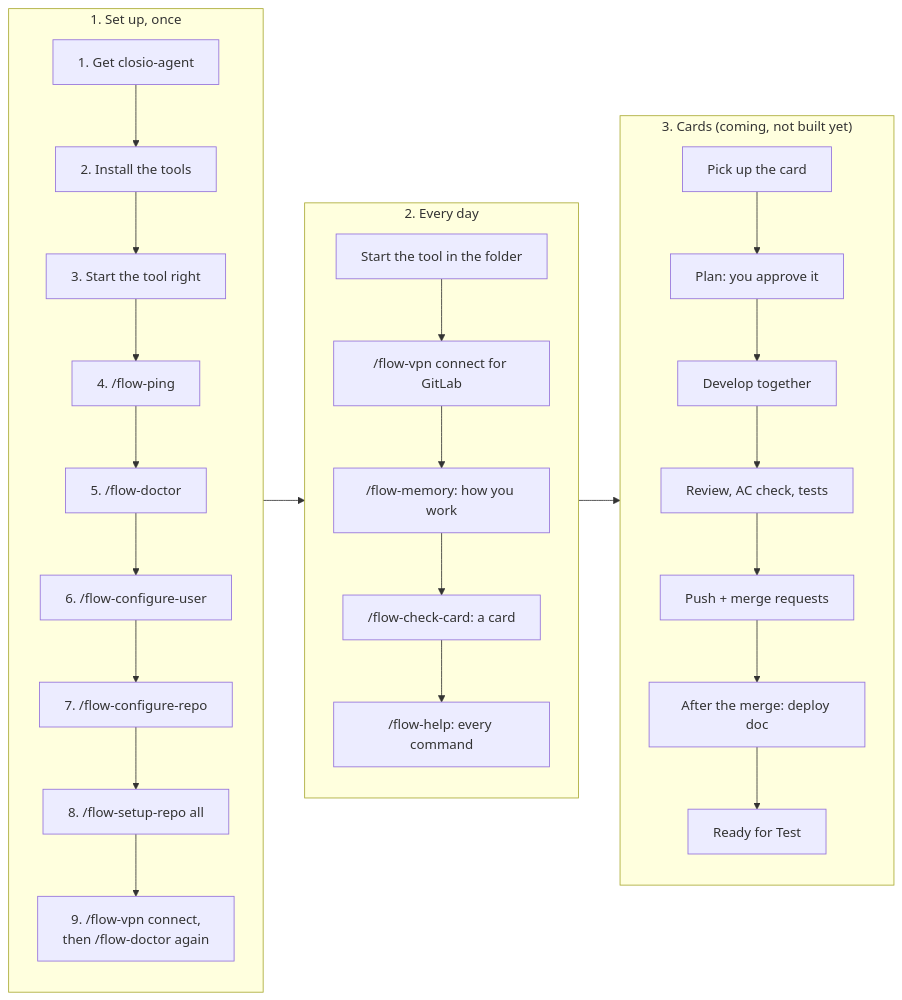
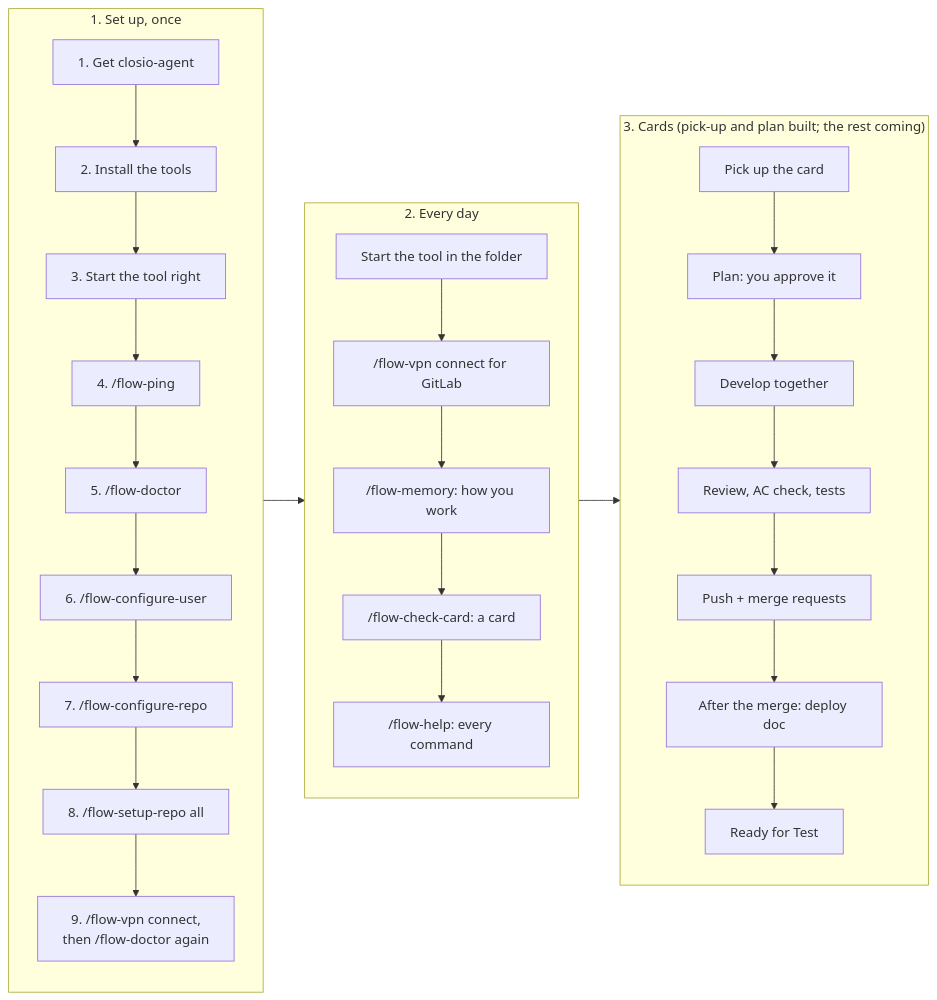
Before and after one commit to manas-shurutech-04/closio_agent: the second of 5 diagrams in docs/user-guide.md, drawn with Mermaid. The commit also changed other lines of this file and 9 other files, not shown here.

Commit message:
Docs: flow-status and flow-start, the fixes after the SCRUM-540 test, rules A17 to A19, D61 to D64

````diff
--- a/docs/user-guide.md
+++ b/docs/user-guide.md
@@ -49,16 +49,16 @@
 ```mermaid
 flowchart LR
     subgraph S["1. Set up, once"]
         direction TB
         s1["1. Get closio-agent"] --> s2["2. Install the tools"] --> s3["3. Start the tool right"] --> s4["4. /flow-ping"] --> s5["5. /flow-doctor"] --> s6["6. /flow-configure-user"] --> s7["7. /flow-configure-repo"] --> s8["8. /flow-setup-repo all"] --> s9["9. /flow-vpn connect,<br/>then /flow-doctor again"]
     end
     subgraph D["2. Every day"]
         direction TB
         d1["Start the tool in the folder"] --> d2["/flow-vpn connect for GitLab"] --> d3["/flow-memory: how you work"] --> d4["/flow-check-card: a card"] --> d5["/flow-help: every command"]
     end
-    subgraph K["3. Cards (coming, not built yet)"]
+    subgraph K["3. Cards (pick-up and plan built; the rest coming)"]
         direction TB
         k1["Pick up the card"] --> k2["Plan: you approve it"] --> k3["Develop together"] --> k4["Review, AC check, tests"] --> k5["Push + merge requests"] --> k6["After the merge: deploy doc"] --> k7["Ready for Test"]
     end
     S --> D --> K
 ```
````
